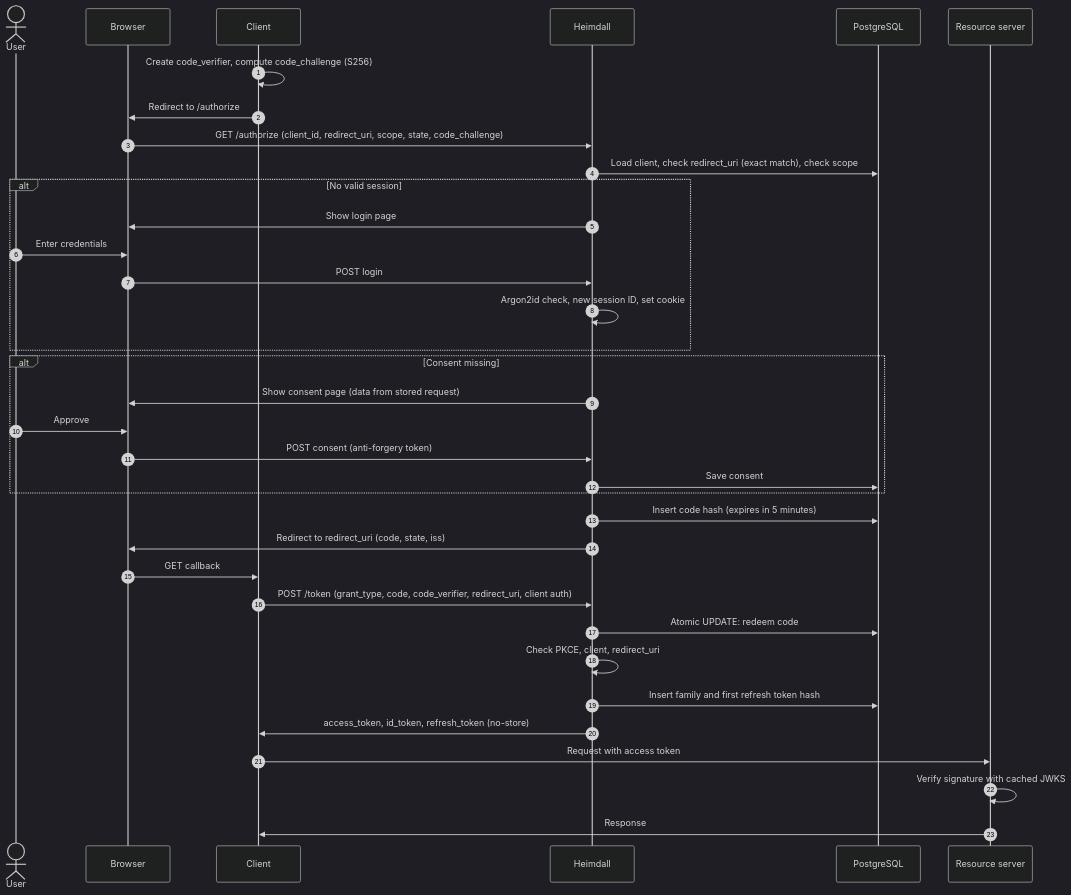
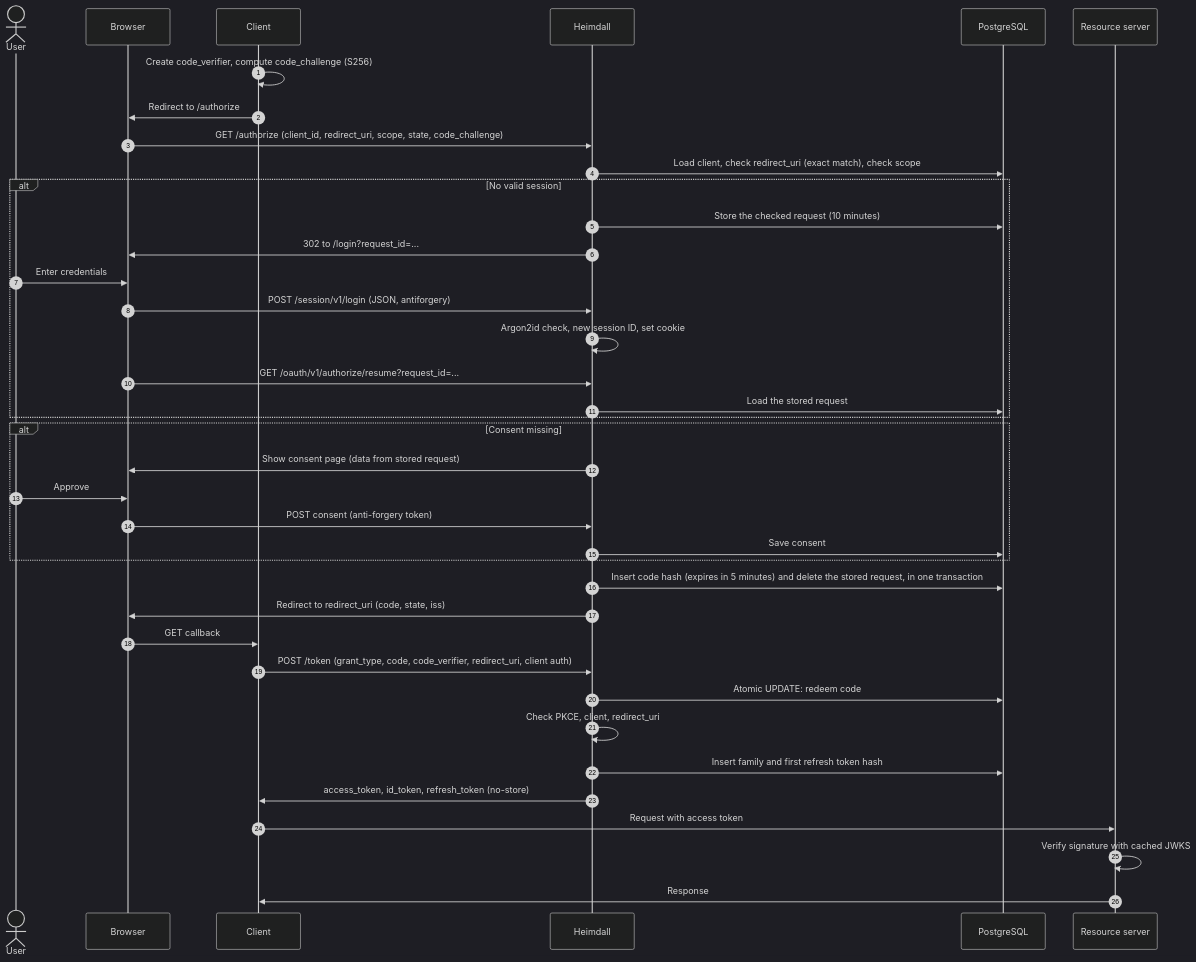
The first of 2 diagrams in docs/diagrams/02-authorization-code-flow.md (Parth2500/heimdall-idp), drawn with Mermaid (dark theme) before and after one commit. The commit also changed 26 other files, not shown here.

First line of the commit message:
Add the /authorize endpoint with stored requests and code issuance

````diff
--- a/docs/diagrams/02-authorization-code-flow.md
+++ b/docs/diagrams/02-authorization-code-flow.md
@@ -5,38 +5,41 @@
 ```mermaid
 sequenceDiagram
     autonumber
     actor U as User
     participant B as Browser
     participant C as Client
     participant H as Heimdall
     participant DB as PostgreSQL
     participant R as Resource server
 
     C->>C: Create code_verifier, compute code_challenge (S256)
     C->>B: Redirect to /authorize
     B->>H: GET /authorize (client_id, redirect_uri, scope, state, code_challenge)
     H->>DB: Load client, check redirect_uri (exact match), check scope
     alt No valid session
-        H->>B: Show login page
+        H->>DB: Store the checked request (10 minutes)
+        H->>B: 302 to /login?request_id=...
         U->>B: Enter credentials
-        B->>H: POST login
+        B->>H: POST /session/v1/login (JSON, antiforgery)
         H->>H: Argon2id check, new session ID, set cookie
+        B->>H: GET /oauth/v1/authorize/resume?request_id=...
+        H->>DB: Load the stored request
     end
     alt Consent missing
         H->>B: Show consent page (data from stored request)
         U->>B: Approve
         B->>H: POST consent (anti-forgery token)
         H->>DB: Save consent
     end
-    H->>DB: Insert code hash (expires in 5 minutes)
+    H->>DB: Insert code hash (expires in 5 minutes) and delete the stored request, in one transaction
     H->>B: Redirect to redirect_uri (code, state, iss)
     B->>C: GET callback
     C->>H: POST /token (grant_type, code, code_verifier, redirect_uri, client auth)
     H->>DB: Atomic UPDATE: redeem code
     H->>H: Check PKCE, client, redirect_uri
     H->>DB: Insert family and first refresh token hash
     H->>C: access_token, id_token, refresh_token (no-store)
     C->>R: Request with access token
     R->>R: Verify signature with cached JWKS
     R->>C: Response
 ```
````
